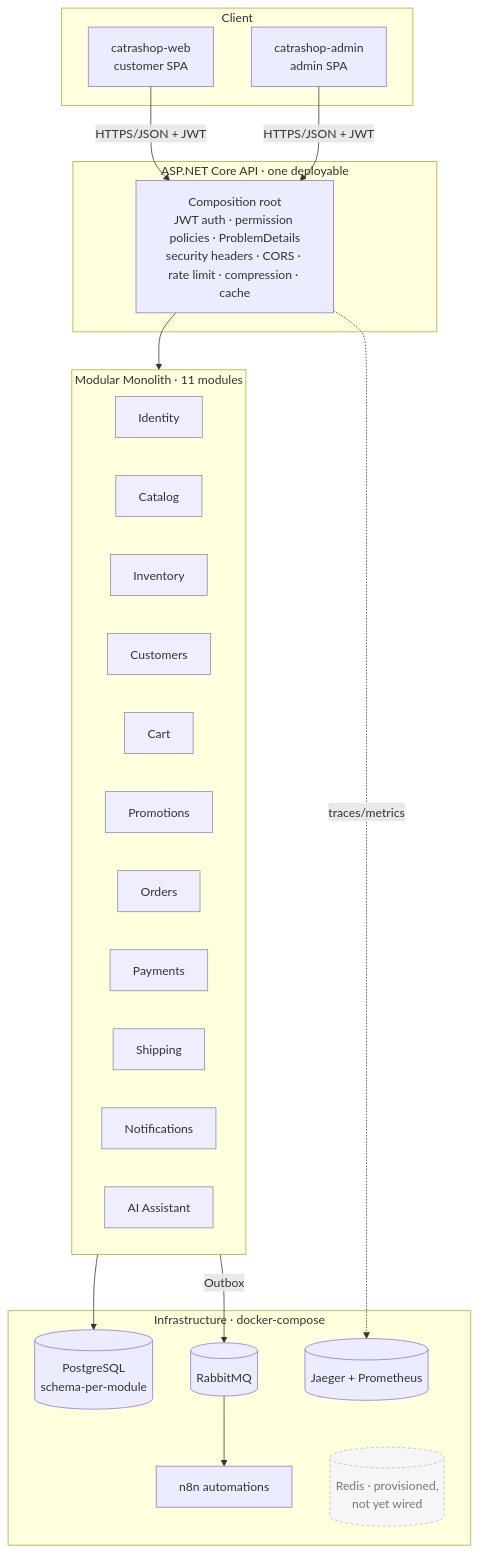
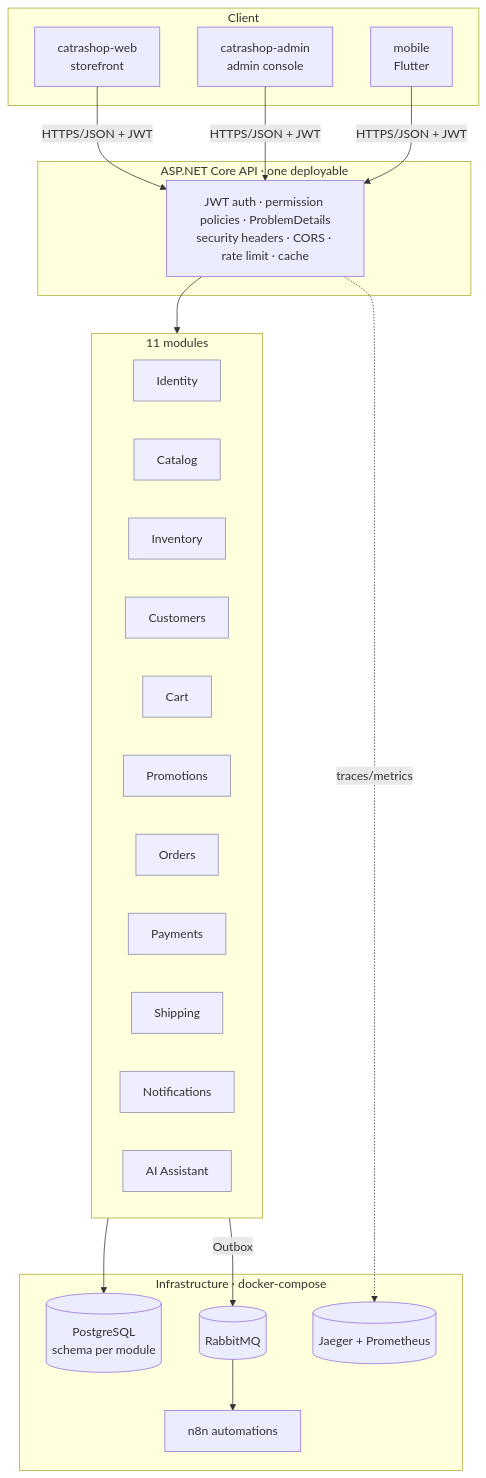
One commit to davidtriminio/catrashop changed the diagram in README.md. Above: the diagram before and after it, drawn with Mermaid. The commit also changed other lines of this file and 5 other files, not shown here.

````diff
--- a/README.md
+++ b/README.md
@@ -47,36 +53,35 @@
 ```mermaid
 flowchart TB
     subgraph Client
-      WEB[catrashop-web<br/>customer SPA]
-      ADM[catrashop-admin<br/>admin SPA]
+      WEB[catrashop-web<br/>storefront]
+      ADM[catrashop-admin<br/>admin console]
+      MOB[mobile<br/>Flutter]
     end
     subgraph API[ASP.NET Core API · one deployable]
-      GW[Composition root<br/>JWT auth · permission policies · ProblemDetails<br/>security headers · CORS · rate limit · compression · cache]
+      GW[JWT auth · permission policies · ProblemDetails<br/>security headers · CORS · rate limit · cache]
     end
-    subgraph Modules[Modular Monolith · 11 modules]
+    subgraph Modules[11 modules]
       ID[Identity]:::m
       CAT[Catalog]:::m
       INV[Inventory]:::m
       CUS[Customers]:::m
       CART[Cart]:::m
       PROMO[Promotions]:::m
       ORD[Orders]:::m
       PAY[Payments]:::m
       SHIP[Shipping]:::m
       NOTIF[Notifications]:::m
       AI[AI Assistant]:::m
     end
     subgraph Infra[Infrastructure · docker-compose]
-      PG[(PostgreSQL<br/>schema-per-module)]
+      PG[(PostgreSQL<br/>schema per module)]
       MQ[(RabbitMQ)]
       N8N[n8n automations]
       OBS[(Jaeger + Prometheus)]
-      REDIS[(Redis · provisioned,<br/>not yet wired)]:::future
     end
-    WEB & ADM -->|HTTPS/JSON + JWT| GW --> Modules
+    WEB & ADM & MOB -->|HTTPS/JSON + JWT| GW --> Modules
     Modules -->|Outbox| MQ --> N8N
     Modules --> PG
     GW -. traces/metrics .-> OBS
     classDef m fill:#eef,stroke:#88a;
-    classDef future fill:#f6f6f6,stroke:#bbb,stroke-dasharray:4 3,color:#777;
 ```
````
